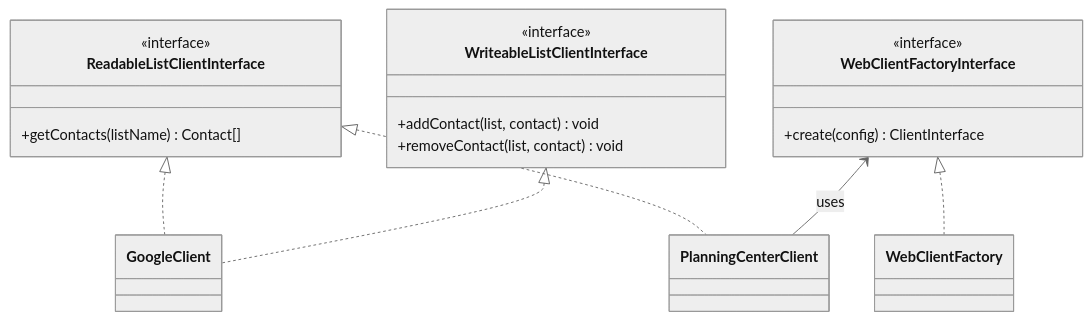
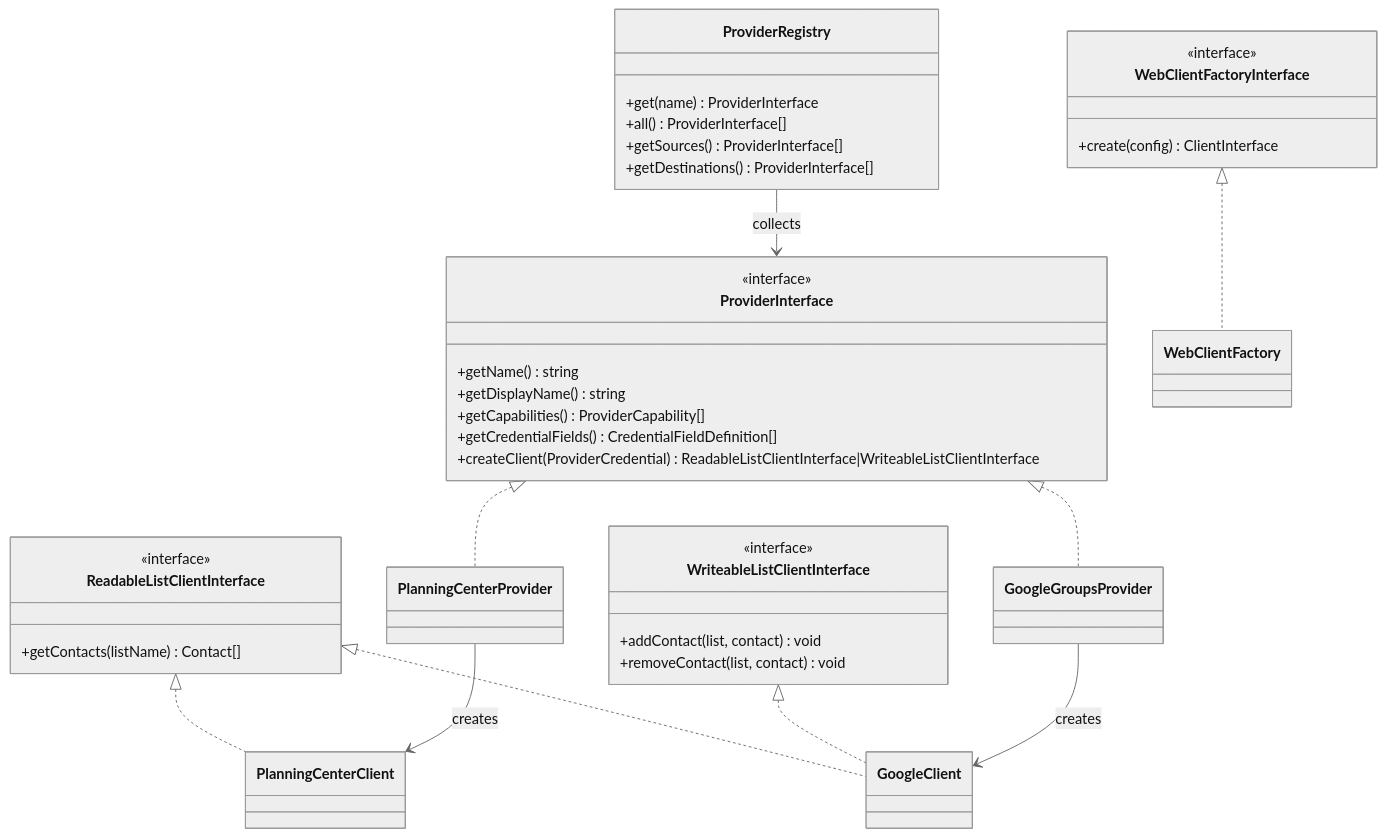
The diagram in src/Client/README.md (nrutman/contacts-sync-web), drawn with Mermaid (neutral theme) before and after one commit. The commit also changed other lines of this file and 61 other files, not shown here.

````diff
--- a/src/Client/README.md
+++ b/src/Client/README.md
@@ -7,22 +7,40 @@
 ```mermaid
 classDiagram
     class ReadableListClientInterface {
         <<interface>>
         +getContacts(listName) Contact[]
     }
     class WriteableListClientInterface {
         <<interface>>
         +addContact(list, contact) void
         +removeContact(list, contact) void
     }
+    class ProviderInterface {
+        <<interface>>
+        +getName() string
+        +getDisplayName() string
+        +getCapabilities() ProviderCapability[]
+        +getCredentialFields() CredentialFieldDefinition[]
+        +createClient(ProviderCredential) ReadableListClientInterface|WriteableListClientInterface
+    }
+    class ProviderRegistry {
+        +get(name) ProviderInterface
+        +all() ProviderInterface[]
+        +getSources() ProviderInterface[]
+        +getDestinations() ProviderInterface[]
+    }
     class WebClientFactoryInterface {
         <<interface>>
         +create(config) ClientInterface
     }
 
+    ProviderInterface <|.. PlanningCenterProvider
+    ProviderInterface <|.. GoogleGroupsProvider
     ReadableListClientInterface <|.. GoogleClient
     WriteableListClientInterface <|.. GoogleClient
     ReadableListClientInterface <|.. PlanningCenterClient
     WebClientFactoryInterface <|.. WebClientFactory
-    WebClientFactoryInterface <-- PlanningCenterClient : uses
+    ProviderRegistry --> ProviderInterface : collects
+    PlanningCenterProvider --> PlanningCenterClient : creates
+    GoogleGroupsProvider --> GoogleClient : creates
 ```
````
